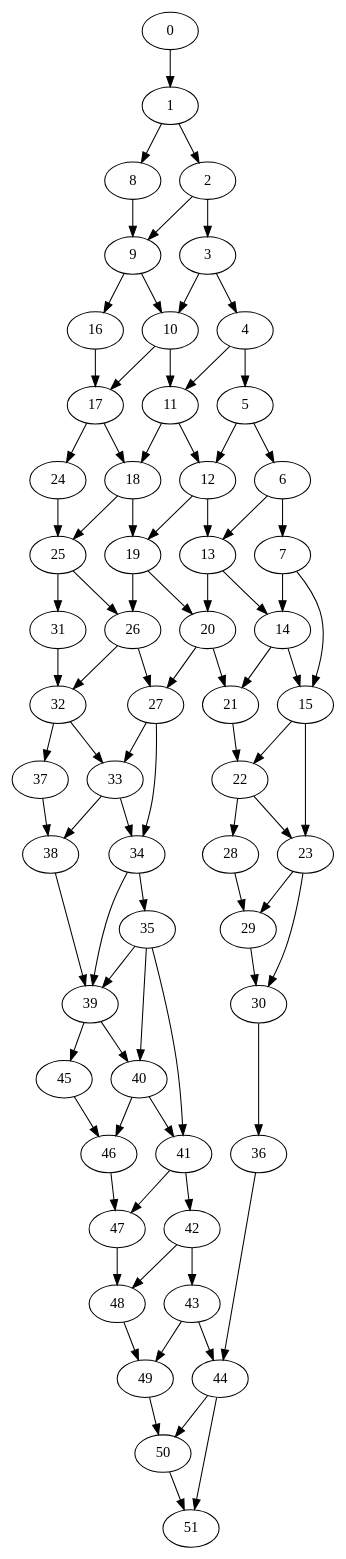
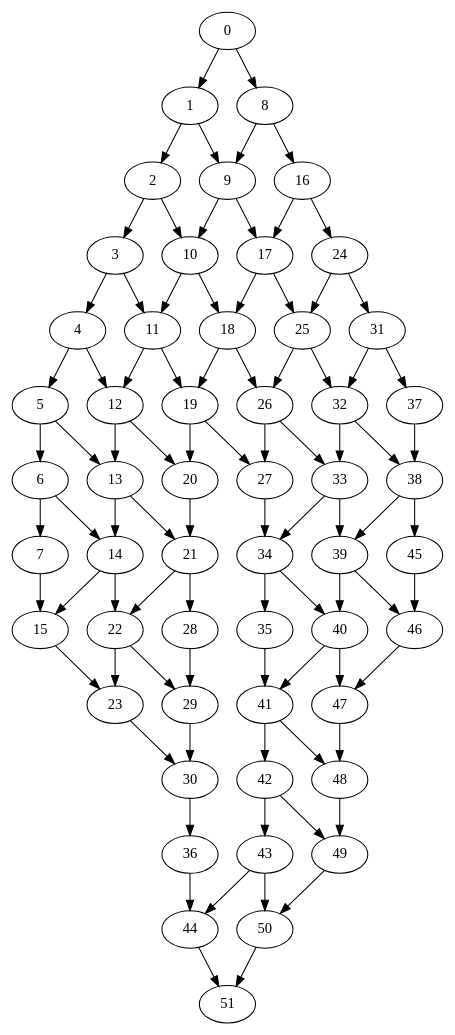
Before and after one commit to nox-x/finder: the diagram in dot/graph52c.txt.dot, drawn with Graphviz. The commit also changed 23 other files, not shown here.

```diff
--- a/dot/graph52c.txt.dot
+++ b/dot/graph52c.txt.dot
@@ -1,54 +1,86 @@
 digraph G {
-35 -> 39
-0 -> 1 -> 8
-1 -> 2 -> 9
-2 -> 3 -> 10
-3 -> 4 -> 11
-4 -> 5 -> 12
-5 -> 6 -> 13
-6 -> 7 -> 14
+0 -> 1
+0 -> 8
+1 -> 2
+1 -> 9
+2 -> 3
+2 -> 10
+3 -> 4
+3 -> 11
+4 -> 5
+4 -> 12
+5 -> 6
+5 -> 13
+6 -> 7
+6 -> 14
 7 -> 15
-8 -> 9 -> 16
-9 -> 10 -> 17
-10 -> 11 -> 18
-11 -> 12 -> 19
-12 -> 13 -> 20
-13 -> 14 -> 21
-14 -> 15 -> 22
+8 -> 9
+8 -> 16
+9 -> 10
+9 -> 17
+10 -> 11
+10 -> 18
+11 -> 12
+11 -> 19
+12 -> 13
+12 -> 20
+13 -> 14
+13 -> 21
+14 -> 15
+14 -> 22
 15 -> 23
-16 -> 17 -> 24
-17 -> 18 -> 25
-18 -> 19 -> 26
-19 -> 20 -> 27
+16 -> 17
+16 -> 24
+17 -> 18
+17 -> 25
+18 -> 19
+18 -> 26
+19 -> 20
+19 -> 27
 20 -> 21
-21 -> 22 -> 28
-22 -> 23 -> 29
+21 -> 22
+21 -> 28
+22 -> 23
+22 -> 29
 23 -> 30
-24 -> 25 -> 31
-25 -> 26 -> 32
-26 -> 27 -> 33
+24 -> 25
+24 -> 31
+25 -> 26
+25 -> 32
+26 -> 27
+26 -> 33
 27 -> 34
 28 -> 29
 29 -> 30
 30 -> 36
-31 -> 32 -> 37
-32 -> 33 -> 38
-33 -> 34 -> 39
-34 -> 35 -> 40
+31 -> 32
+31 -> 37
+32 -> 33
+32 -> 38
+33 -> 34
+33 -> 39
+34 -> 35
+34 -> 40
 35 -> 41
 36 -> 44
 37 -> 38
-38 -> 39 -> 45
-39 -> 40 -> 46
-40 -> 41 -> 47
-41 -> 42 -> 48
-42 -> 43 -> 49
-43 -> 44 -> 50
+38 -> 39
+38 -> 45
+39 -> 40
+39 -> 46
+40 -> 41
+40 -> 47
+41 -> 42
+41 -> 48
+42 -> 43
+42 -> 49
+43 -> 44
+43 -> 50
 44 -> 51
 45 -> 46
 46 -> 47
 47 -> 48
 48 -> 49
 49 -> 50
 50 -> 51
-51}
+}
```
